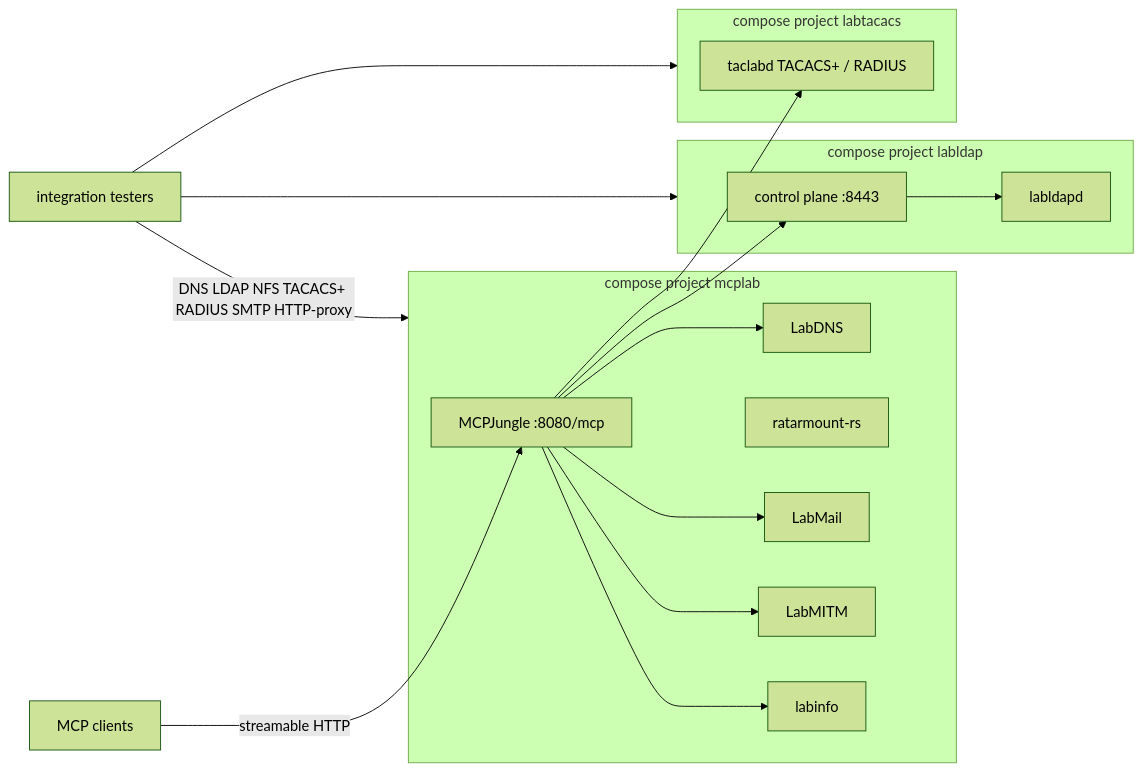
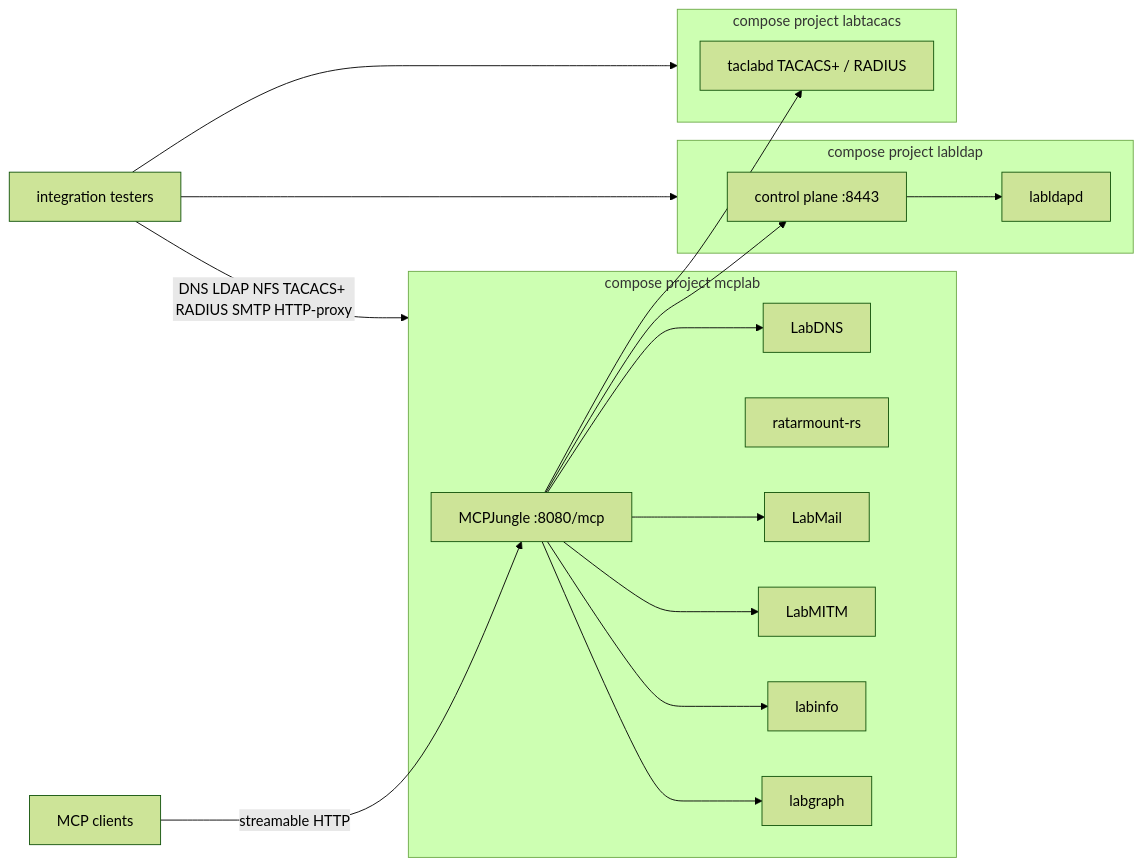
The diagram in README.md (hilather/mcp-integration-lab), drawn with Mermaid (forest theme) before and after one commit. The commit also changed other lines of this file and 72 other files, not shown here.

````diff
--- a/README.md
+++ b/README.md
@@ -84,29 +84,31 @@
 ```mermaid
 flowchart LR
   Agents[MCP clients] -->|streamable HTTP| Jungle["MCPJungle :8080/mcp"]
   subgraph mcplab [compose project mcplab]
     Jungle
     DNS[LabDNS]
     NFS[ratarmount-rs]
     Mail[LabMail]
     MITM[LabMITM]
     Info[labinfo]
+    Graph[labgraph]
   end
   subgraph labldap [compose project labldap]
     Control[control plane :8443]
     Dir[labldapd]
   end
   subgraph labtacacs [compose project labtacacs]
     Taclab[taclabd TACACS+ / RADIUS]
   end
   Jungle --> DNS
   Jungle --> Info
   Jungle --> Control
   Jungle --> Taclab
   Jungle --> Mail
   Jungle --> MITM
+  Jungle --> Graph
   Control --> Dir
   Testers[integration testers] -->|DNS LDAP NFS TACACS+ RADIUS SMTP HTTP-proxy| mcplab
   Testers --> labldap
   Testers --> labtacacs
 ```
````
